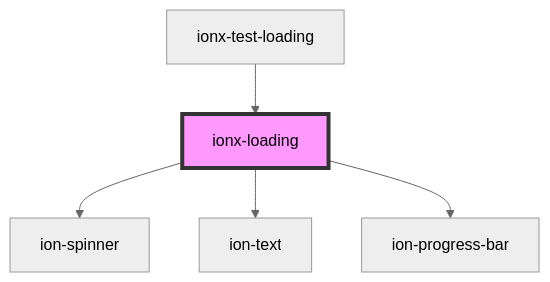
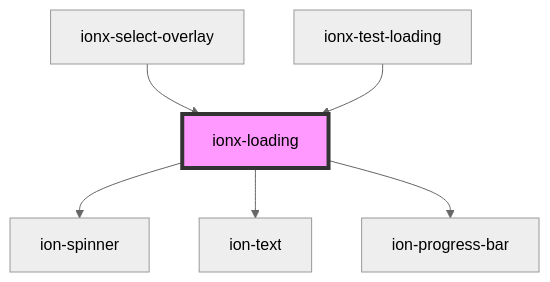
The diagram in src/components/Loading/readme.md (co-mmons/ionx), drawn with Mermaid (neutral theme) before and after one commit. The commit also changed other lines of this file and 18 other files, not shown here.

````diff
--- a/src/components/Loading/readme.md
+++ b/src/components/Loading/readme.md
@@ -49,8 +62,9 @@
 ```mermaid
 graph TD;
   ionx-loading --> ion-spinner
   ionx-loading --> ion-text
   ionx-loading --> ion-progress-bar
+  ionx-select-overlay --> ionx-loading
   ionx-test-loading --> ionx-loading
   style ionx-loading fill:#f9f,stroke:#333,stroke-width:4px
 ```
````
